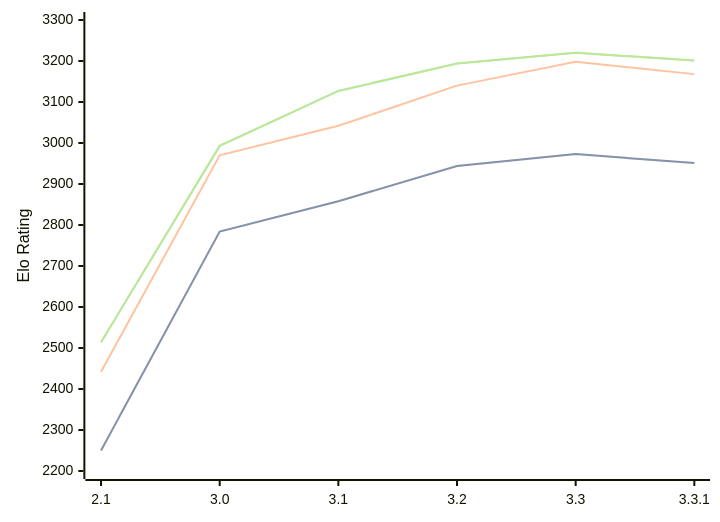
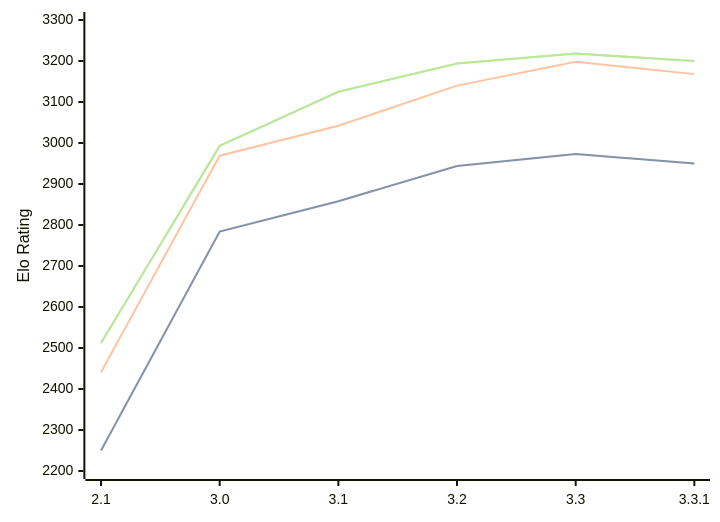
The diagram in engines/Petrel.md (computer-chess-index/cci), drawn with Mermaid before and after one commit. The commit also changed other lines of this file, not shown here.

Commit message:
Update CCI Ratings (ELO VLTC) - 2026-04-07

````diff
--- a/engines/Petrel.md
+++ b/engines/Petrel.md
@@ -45,11 +45,11 @@
 ```mermaid
 %%{init: {"theme":"base","themeVariables":{"seriesColors:['#a3a3a3','#222221','#faa371']}}}%%
 xychart-beta
   x-axis ["2.1", "3.0", "3.1", "3.2", "3.3", "3.3.1"]
   y-axis "Elo Rating" 2200 --> 3300
-  line "STC (8.0+0.08s)" [2250, 2784, 2858, 2944, 2973, 2951]
-  line "STC (8.0+0.08s)" [2250, 2784, 2858, 2944, 2973, 2951]
-  line "LTC (60.0+0.60s)" [2442, 2970, 3042, 3140, 3198, 3168]
-  line "VLTC (2m24s+1.12s)" [2514, 2993, 3127, 3194, 3220, 3201]
-  line "VLTC (2m24s+1.12s)" [2514, 2993, 3127, 3194, 3220, 3201]
+  line "STC (8.0+0.08s)" [2250, 2784, 2858, 2944, 2973, 2950]
+  line "STC (8.0+0.08s)" [2250, 2784, 2858, 2944, 2973, 2950]
+  line "LTC (60.0+0.60s)" [2441, 2969, 3042, 3140, 3198, 3168]
+  line "VLTC (2m24s+1.12s)" [2512, 2993, 3125, 3194, 3218, 3200]
+  line "VLTC (2m24s+1.12s)" [2512, 2993, 3125, 3194, 3218, 3200]
 ```
````
